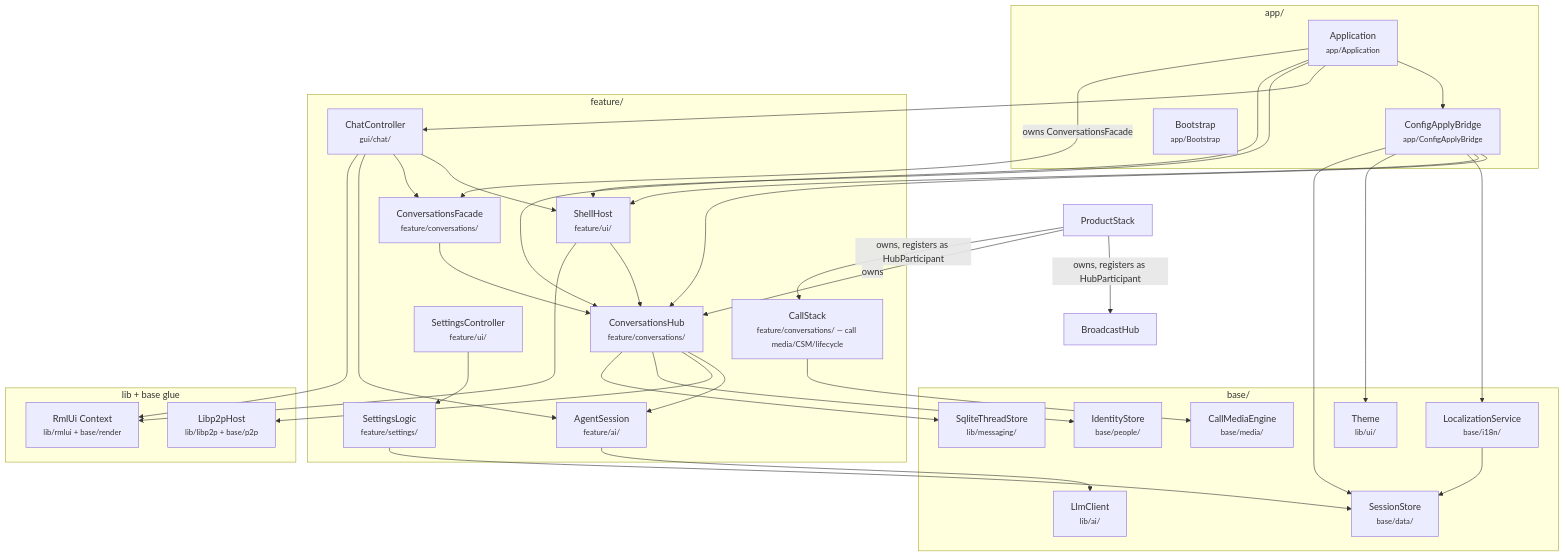
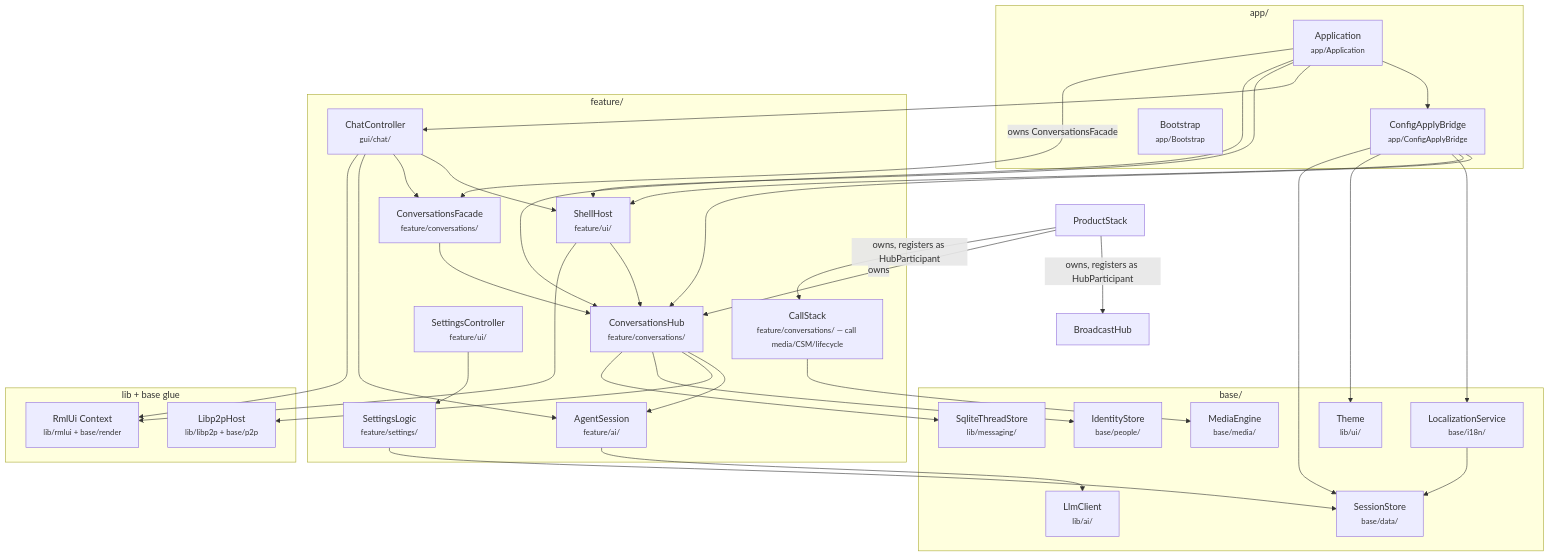
The first of 4 diagrams in docs/architecture/RUNTIME_COMPOSITION.md (people-post/pp-browser), drawn with Mermaid before and after one commit. The commit also changed other lines of this file and 229 other files, not shown here.

````diff
--- a/docs/architecture/RUNTIME_COMPOSITION.md
+++ b/docs/architecture/RUNTIME_COMPOSITION.md
@@ -18,65 +18,65 @@
 ```mermaid
 flowchart TB
   subgraph app_layer["app/"]
     Application["Application<br/><small>app/Application</small>"]
     ConfigApplyBridge["ConfigApplyBridge<br/><small>app/ConfigApplyBridge</small>"]
     Bootstrap["Bootstrap<br/><small>app/Bootstrap</small>"]
   end
 
   subgraph feature_layer["feature/"]
     SettingsLogic["SettingsLogic<br/><small>feature/settings/</small>"]
     AgentSession["AgentSession<br/><small>feature/ai/</small>"]
     ConversationsHub["ConversationsHub<br/><small>feature/conversations/</small>"]
     CallStack["CallStack<br/><small>feature/conversations/ — call media/CSM/lifecycle</small>"]
     ConversationsFacade["ConversationsFacade<br/><small>feature/conversations/</small>"]
     ShellHost["ShellHost<br/><small>feature/ui/</small>"]
     SettingsController["SettingsController<br/><small>feature/ui/</small>"]
     ChatController["ChatController<br/><small>gui/chat/</small>"]
   end
 
   subgraph base_layer["base/"]
     SessionStore["SessionStore<br/><small>base/data/</small>"]
     LocalizationService["LocalizationService<br/><small>base/i18n/</small>"]
     Theme["Theme<br/><small>lib/ui/</small>"]
     IdentityStore["IdentityStore<br/><small>base/people/</small>"]
     ThreadStore["SqliteThreadStore<br/><small>lib/messaging/</small>"]
     LlmClient["LlmClient<br/><small>lib/ai/</small>"]
-    CallMediaEngine["CallMediaEngine<br/><small>base/media/</small>"]
+    MediaEngine["MediaEngine<br/><small>base/media/</small>"]
   end
 
   subgraph libs["lib + base glue"]
     RmlUi["RmlUi Context<br/><small>lib/rmlui + base/render</small>"]
     Libp2p["Libp2pHost<br/><small>lib/libp2p + base/p2p</small>"]
   end
 
   Application --> ConfigApplyBridge
   Application --> ChatController
   Application --> ShellHost
   Application --> ConversationsHub
   Application -->|owns ConversationsFacade| ConversationsFacade
   ConversationsFacade --> ConversationsHub
   ConfigApplyBridge --> ConversationsHub
   ConfigApplyBridge --> ShellHost
   ConfigApplyBridge --> LocalizationService
   ConfigApplyBridge --> Theme
   ConfigApplyBridge --> SessionStore
 
   ChatController --> ShellHost
   ChatController --> ConversationsFacade
   ChatController --> AgentSession
   ShellHost --> ConversationsHub
   SettingsController --> SettingsLogic
   ConversationsHub --> AgentSession
   ConversationsHub --> Libp2p
   ConversationsHub --> IdentityStore
   ConversationsHub --> ThreadStore
   ProductStack -->|owns| ConversationsHub
   ProductStack -->|owns, registers as HubParticipant| CallStack
   ProductStack -->|owns, registers as HubParticipant| BroadcastHub
-  CallStack --> CallMediaEngine
+  CallStack --> MediaEngine
   ShellHost --> RmlUi
   ChatController --> RmlUi
   SettingsLogic --> SessionStore
   AgentSession --> LlmClient
   LocalizationService --> SessionStore
 ```
````
